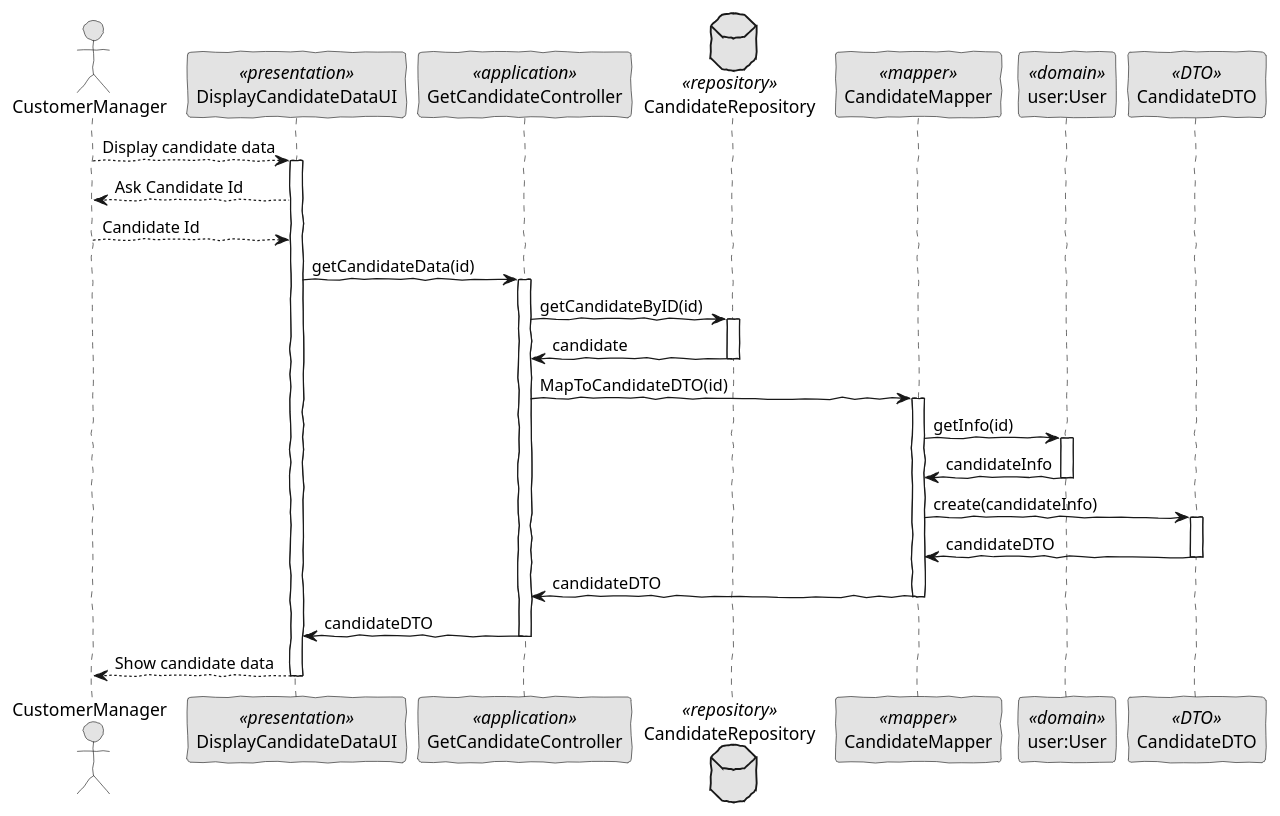
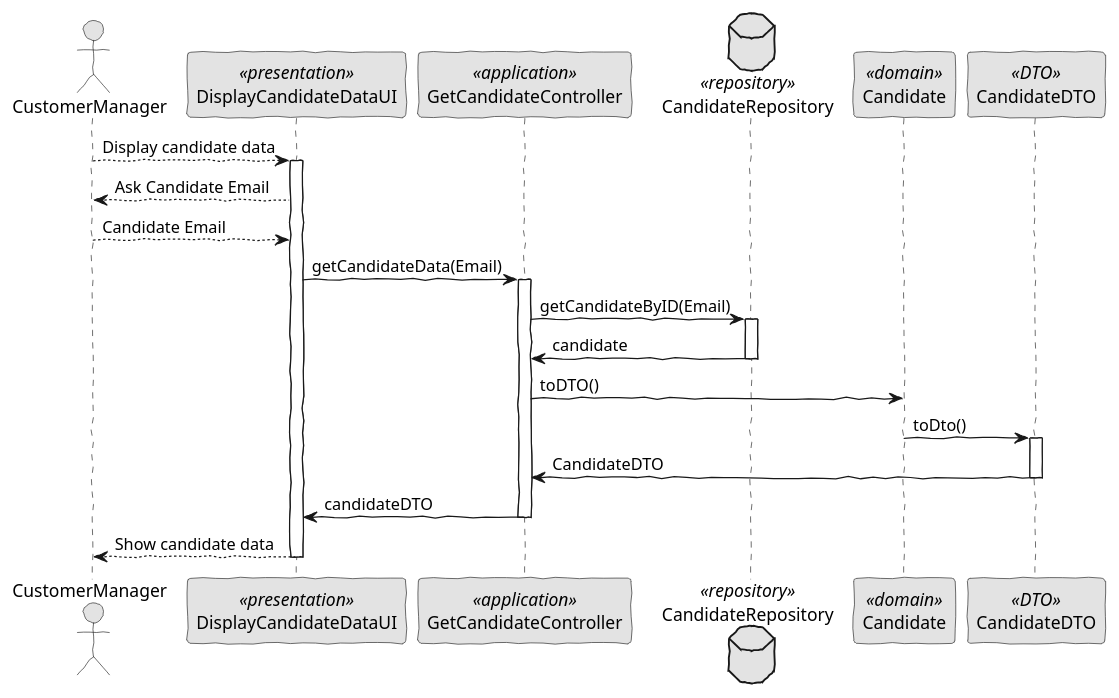
One commit to JoelBrunoFerreira/isep-lapr4 changed the diagram in docs/US_Sprint_B/US1006/US1006.puml. Above: the diagram before and after it, drawn with PlantUML. The commit also changed 16 other files, not shown here.

```diff
--- a/docs/US_Sprint_B/US1006/US1006.puml
+++ b/docs/US_Sprint_B/US1006/US1006.puml
@@ -1,63 +1,59 @@
 @startuml
 'http://plantuml.com/skinparam.html
 skinparam handwritten true
 skinparam monochrome true
 skinparam packageStyle rect
 skinparam defaultFontName FG Virgil
 skinparam shadowing false
 
 actor CustomerManager as Actor
 participant DisplayCandidateDataUI as UI <<presentation>>
 participant GetCandidateController as Controller <<application>>
 database CandidateRepository as Repository <<repository>>
-participant CandidateMapper as Mapper <<mapper>>
-participant "user:User" as Domain <<domain>>
+participant Candidate as Domain <<domain>>
 participant CandidateDTO as DTO <<DTO>>
 
 Actor --> UI: Display candidate data
 activate UI
-    UI --> Actor: Ask Candidate Id
-    Actor --> UI: Candidate Id
+    UI --> Actor: Ask Candidate Email
+    Actor --> UI: Candidate Email
 
-    UI -> Controller: getCandidateData(id)
+    UI -> Controller: getCandidateData(Email)
 
     activate Controller
-        Controller -> Repository: getCandidateByID(id)
+        Controller -> Repository: getCandidateByID(Email)
 
         activate Repository
             Repository -> Controller: candidate
         deactivate Repository
 
-            Controller -> Mapper: MapToCandidateDTO(id)
 
-        activate Mapper
-            Mapper -> Domain: getInfo(id)
-            activate Domain
-                Domain -> Mapper: candidateInfo
-            deactivate Domain
+            Controller -> Domain: toDTO()
 
-            Mapper -> DTO: create(candidateInfo)
+            Domain -> DTO: toDto()
+            activate DTO
+            DTO -> Controller: CandidateDTO
+            deactivate DTO
 
 
-        activate DTO
-            DTO -> Mapper: candidateDTO
-        deactivate DTO
 
-        Mapper -> Controller: candidateDTO
-        deactivate Mapper
+
+
+
+
         Controller -> UI: candidateDTO
     deactivate Controller
 
 
     UI --> Actor: Show candidate data
 
 deactivate UI
 
 
 
 
 
 
 
 deactivate UI
 @enduml
```
